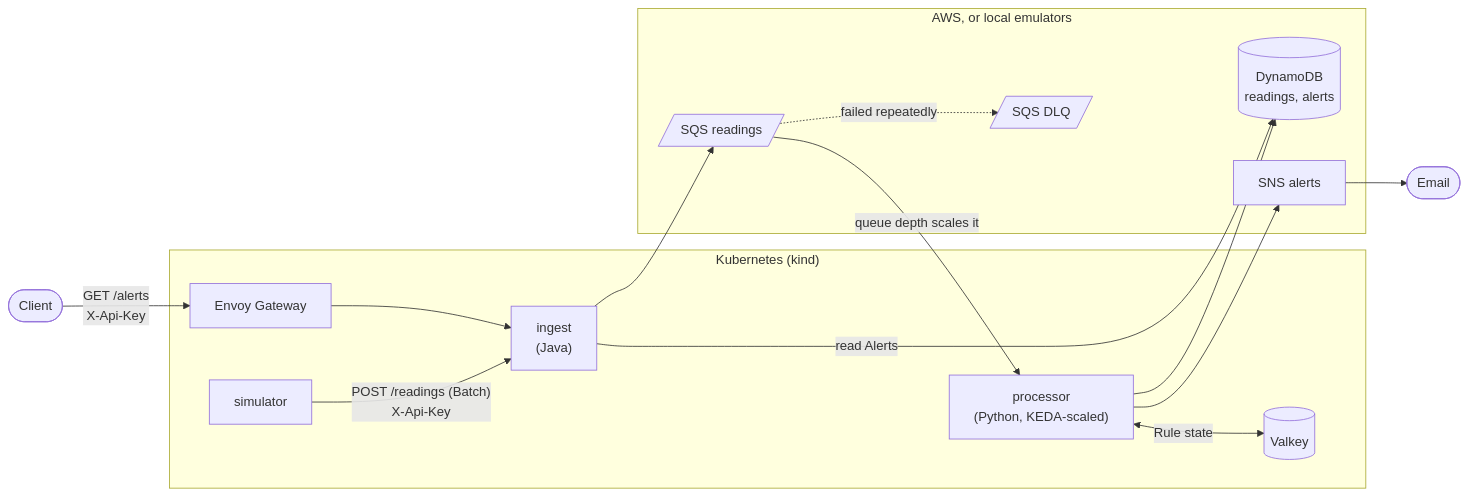
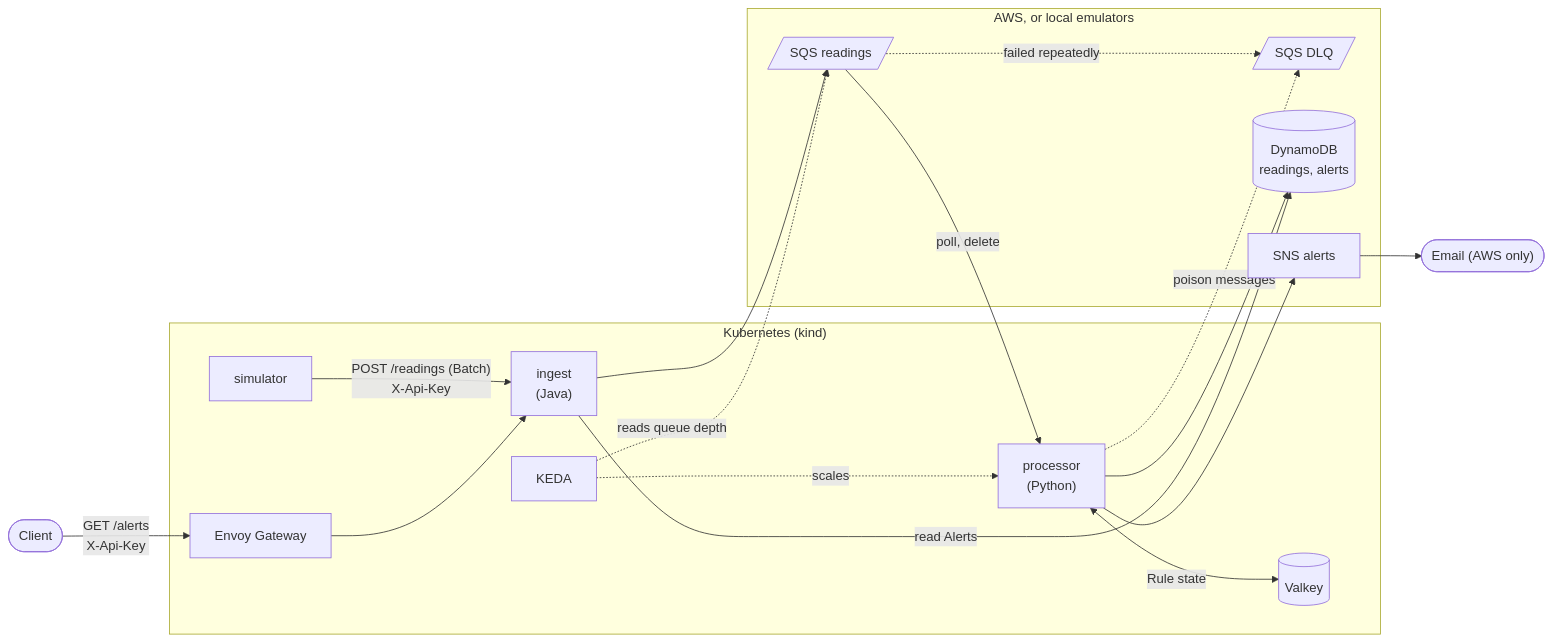
One commit to Danie1Le/Telemetry-Monitor changed the diagram in README.md. Above: the diagram before and after it, drawn with Mermaid.

Commit message:
docs(readme): show KEDA and the DLQ paths in the diagram
Split the queue-depth edge into KEDA reading the queue and scaling the processor, draw the processor's direct poison-message path to the DLQ, and mark email as AWS only (local SNS has no email subscription).

````diff
--- a/README.md
+++ b/README.md
@@ -12,30 +12,34 @@
 ```mermaid
 flowchart LR
     client([Client])
     subgraph k8s["Kubernetes (kind)"]
         sim[simulator]
         gw[Envoy Gateway]
         ing["ingest<br/>(Java)"]
-        proc["processor<br/>(Python, KEDA-scaled)"]
+        proc["processor<br/>(Python)"]
+        keda[KEDA]
         valkey[(Valkey)]
     end
     subgraph aws["AWS, or local emulators"]
         sqs[/"SQS readings"/]
         dlq[/"SQS DLQ"/]
         ddb[("DynamoDB<br/>readings, alerts")]
         sns["SNS alerts"]
     end
-    email([Email])
+    email(["Email (AWS only)"])
 
     sim -->|"POST /readings (Batch)<br/>X-Api-Key"| ing
     client -->|"GET /alerts<br/>X-Api-Key"| gw
     gw --> ing
     ing --> sqs
     sqs -.->|"failed repeatedly"| dlq
-    sqs -->|"queue depth scales it"| proc
+    sqs -->|"poll, delete"| proc
+    proc -.->|"poison messages"| dlq
+    keda -.->|"reads queue depth"| sqs
+    keda -.->|"scales"| proc
     proc <-->|"Rule state"| valkey
     proc --> ddb
     proc --> sns
     sns --> email
     ing -->|"read Alerts"| ddb
 ```
````
